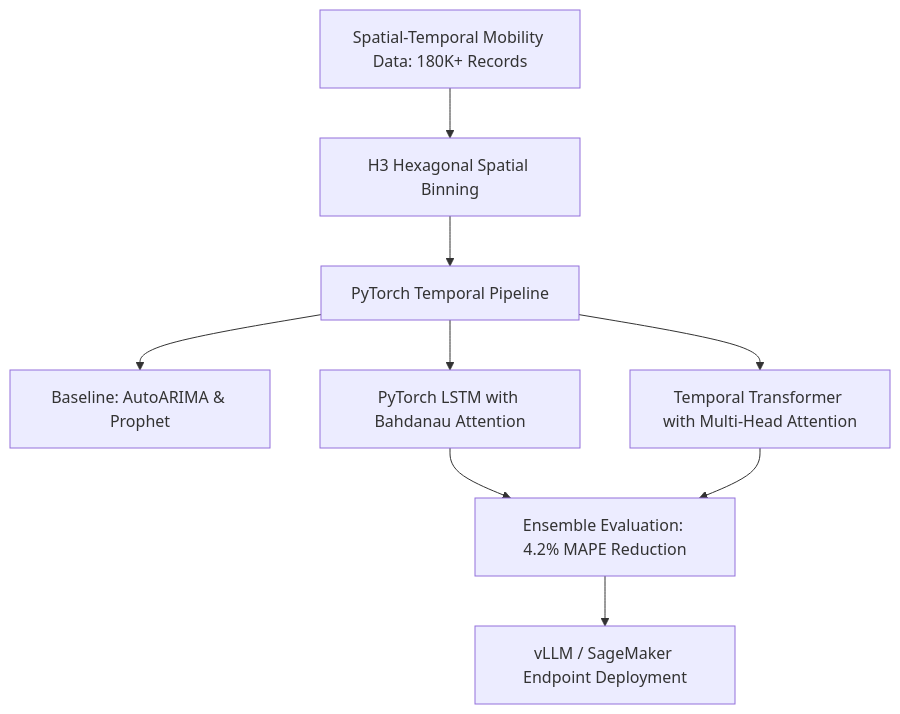
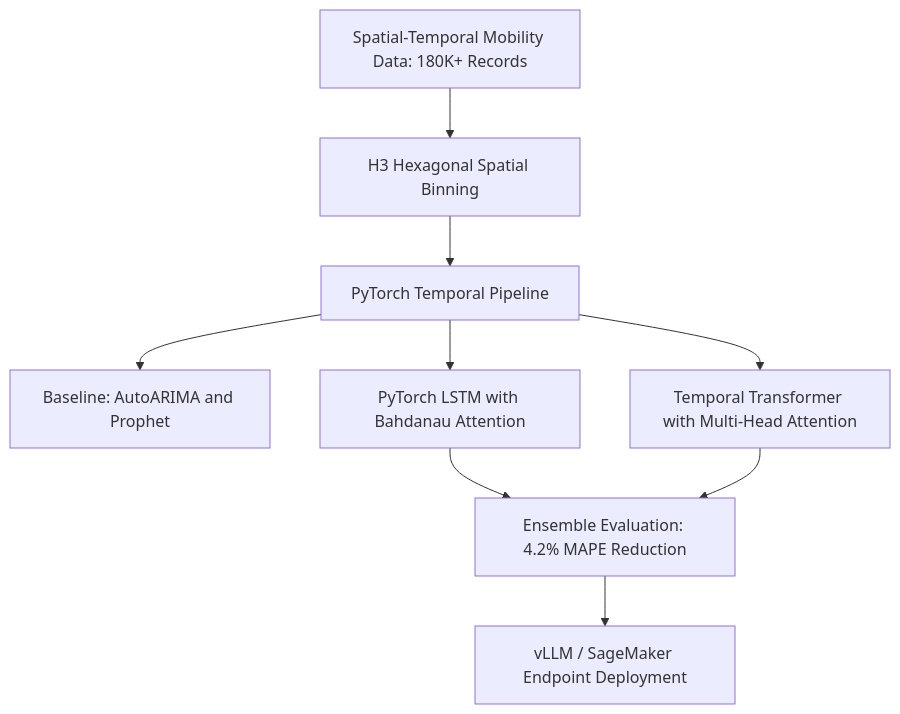
One commit to Prateek-N/preprationstuff changed the second of 7 diagrams in haritha_part1.md. Above: the diagram before and after it, drawn with Mermaid. The commit also changed other lines of this file and 5 other files, not shown here.

Commit message:
Fix Mermaid diagram syntax in System 2 flow and quote all node labels for Mermaid 11.x

````diff
--- a/haritha_part1.md
+++ b/haritha_part1.md
@@ -65,10 +65,11 @@
 ```mermaid
 flowchart TD
-    A[Spatial-Temporal Mobility Data: 180K+ Records] --> B[H3 Hexagonal Spatial Binning]
-    B --> C[PyTorch Temporal Pipeline]
-    C --> D[Baseline: AutoARIMA & Prophet]
-    C --> E[PyTorch LSTM with Bahdanau Attention]
-    C --> F[Temporal Transformer with Multi-Head Attention]
-    E & F --> G[Ensemble Evaluation: 4.2% MAPE Reduction]
-    G --> H[vLLM / SageMaker Endpoint Deployment]
+    A["Spatial-Temporal Mobility Data: 180K+ Records"] --> B["H3 Hexagonal Spatial Binning"]
+    B --> C["PyTorch Temporal Pipeline"]
+    C --> D["Baseline: AutoARIMA and Prophet"]
+    C --> E["PyTorch LSTM with Bahdanau Attention"]
+    C --> F["Temporal Transformer with Multi-Head Attention"]
+    E --> G["Ensemble Evaluation: 4.2% MAPE Reduction"]
+    F --> G
+    G --> H["vLLM / SageMaker Endpoint Deployment"]
 ```
````
